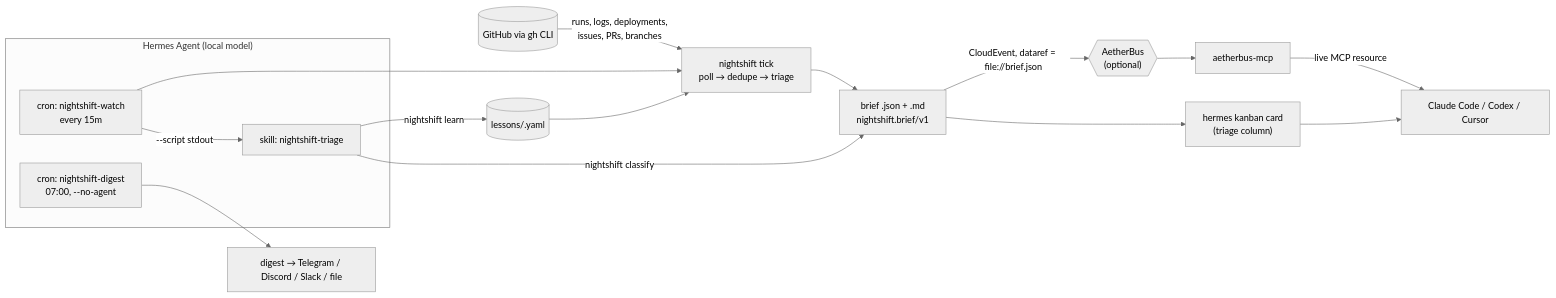
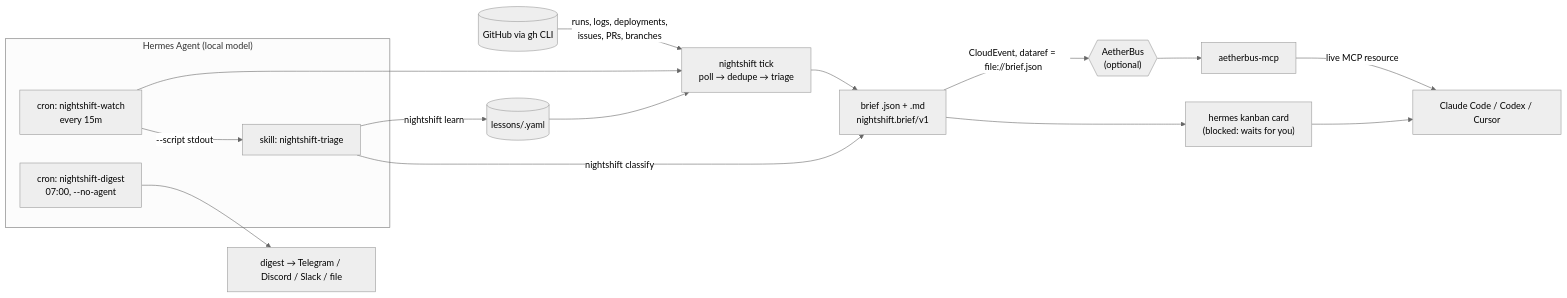
The diagram in README.md (ShazebA/hermes-nightshift), drawn with Mermaid (neutral theme) before and after one commit. The commit also changed other lines of this file and 20 other files, not shown here.

Commit message:
Safe kanban default (blocked), copy-paste commands in tick output, loud gh outages, lazy deploy walk, scrub fixtures

````diff
--- a/README.md
+++ b/README.md
@@ -11,18 +11,18 @@
 ```mermaid
 flowchart LR
     subgraph Hermes["Hermes Agent (local model)"]
         C1["cron: nightshift-watch<br/>every 15m"] -->|"--script stdout"| SK["skill: nightshift-triage"]
         C2["cron: nightshift-digest<br/>07:00, --no-agent"]
     end
     GH[(GitHub via gh CLI)] -->|"runs, logs, deployments,<br/>issues, PRs, branches"| P
     C1 --> P["nightshift tick<br/>poll → dedupe → triage"]
     P --> B["brief .json + .md<br/>nightshift.brief/v1"]
     L[(lessons/<repo>.yaml)] --> P
     SK -->|"nightshift classify"| B
     SK -->|"nightshift learn"| L
-    B --> K["hermes kanban card<br/>(triage column)"]
+    B --> K["hermes kanban card<br/>(blocked: waits for you)"]
     B -->|"CloudEvent, dataref = file://brief.json"| AB{{"AetherBus<br/>(optional)"}}
     AB --> MCP["aetherbus-mcp"] -->|"live MCP resource"| CC["Claude Code / Codex / Cursor"]
     K --> CC
     C2 --> D["digest → Telegram / Discord / Slack / file"]
 ```
````
